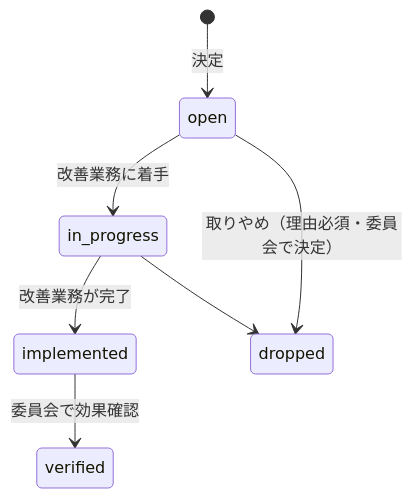
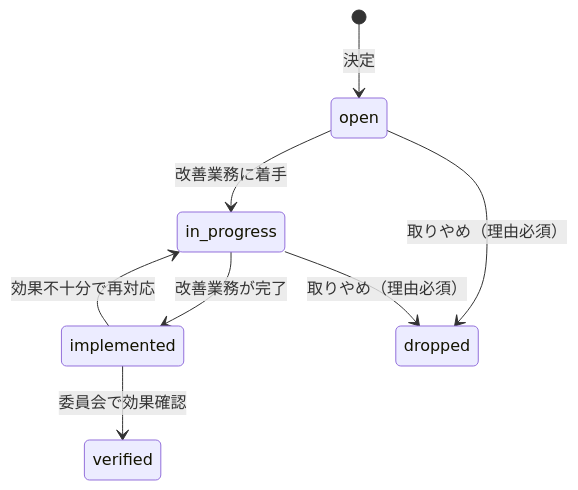
One commit to mao726/company changed the second of 2 diagrams in ai-facility-partner/docs/product/module-specifications.md. Above: the diagram before and after it, drawn with Mermaid. The commit also changed other lines of this file and 22 other files, not shown here.

````diff
--- a/ai-facility-partner/docs/product/module-specifications.md
+++ b/ai-facility-partner/docs/product/module-specifications.md
@@ -184,9 +225,10 @@
 ```mermaid
 stateDiagram-v2
   [*] --> open: 決定
   open --> in_progress: 改善業務に着手
   in_progress --> implemented: 改善業務が完了
   implemented --> verified: 委員会で効果確認
-  open --> dropped: 取りやめ（理由必須・委員会で決定）
-  in_progress --> dropped
+  implemented --> in_progress: 効果不十分で再対応
+  open --> dropped: 取りやめ（理由必須）
+  in_progress --> dropped: 取りやめ（理由必須）
 ```
````
